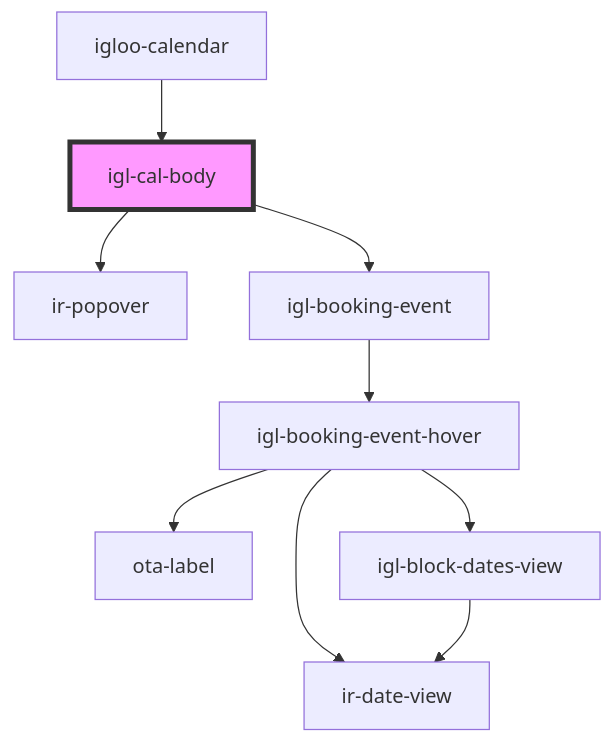
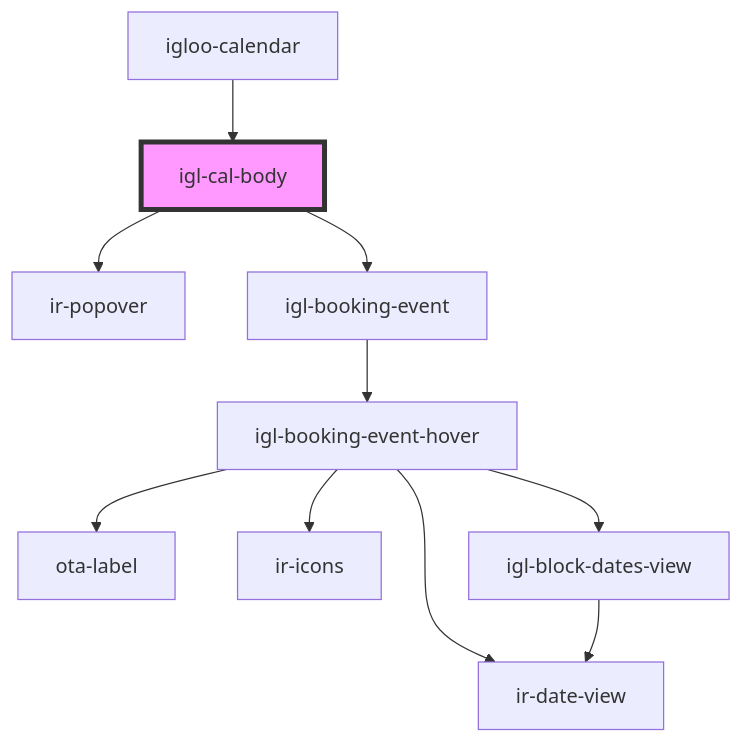
Before and after one commit to David1Chowaifaty/modified-ir-webcmp: the diagram in src/components/igloo-calendar/igl-cal-body/readme.md, drawn with Mermaid. The commit also changed 24 other files, not shown here.

````diff
--- a/src/components/igloo-calendar/igl-cal-body/readme.md
+++ b/src/components/igloo-calendar/igl-cal-body/readme.md
@@ -42,12 +42,13 @@
 ```mermaid
 graph TD;
   igl-cal-body --> ir-popover
   igl-cal-body --> igl-booking-event
   igl-booking-event --> igl-booking-event-hover
   igl-booking-event-hover --> ota-label
   igl-booking-event-hover --> ir-date-view
+  igl-booking-event-hover --> ir-icons
   igl-booking-event-hover --> igl-block-dates-view
   igl-block-dates-view --> ir-date-view
   igloo-calendar --> igl-cal-body
   style igl-cal-body fill:#f9f,stroke:#333,stroke-width:4px
 ```
````
